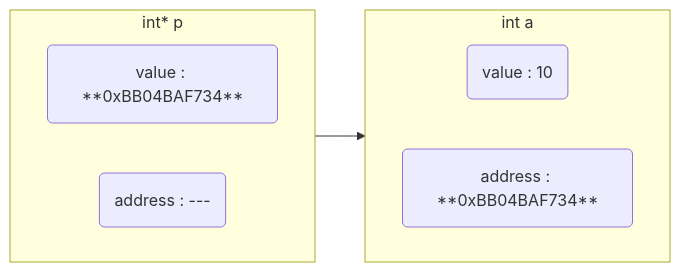
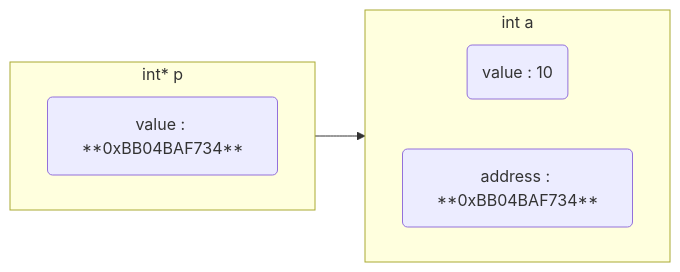
Before and after one commit to dmjcb/SelfBlog: the first of 5 diagrams in Language/C&C++/Pointer/指针.md, drawn with Mermaid. The commit also changed other lines of this file and 29 other files, not shown here.

````diff
--- a/Language/C&C++/Pointer/指针.md
+++ b/Language/C&C++/Pointer/指针.md
@@ -46,16 +46,15 @@
 ```mermaid
 graph LR;
     subgraph S1[int a]
         direction LR
         V2(value : 10)
         A2(address : **0xBB04BAF734**)
     end
 
     subgraph S2[int* p]
         direction LR
         V1(value : **0xBB04BAF734**)
-        A1(address : ---)
     end
 
     V1-->A2
 ```
````
